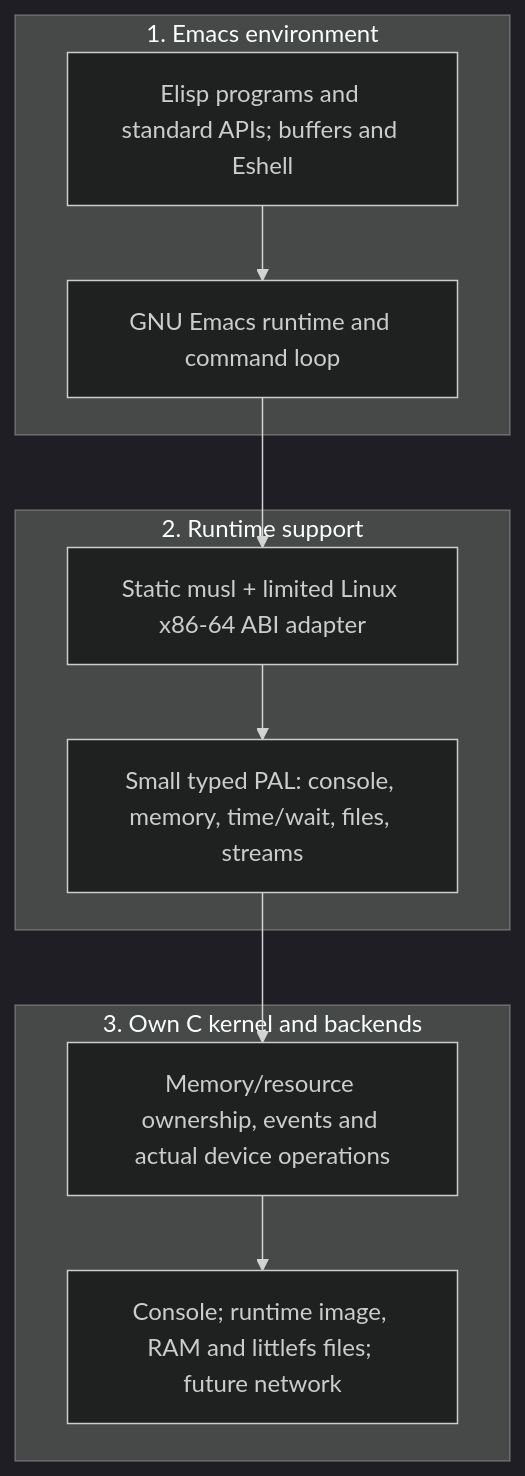
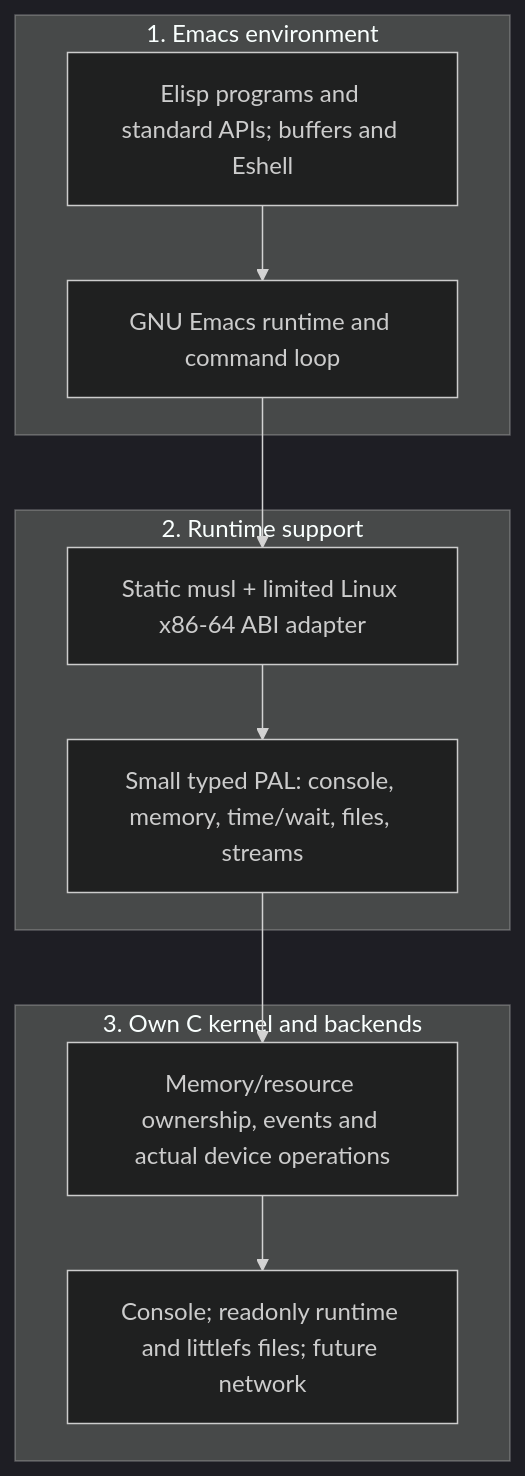
One commit to suxiaogang223/emacsos changed the diagram in docs/design.md. Above: the diagram before and after it, drawn with Mermaid (dark theme). The commit also changed other lines of this file and 22 other files, not shown here.

````diff
--- a/docs/design.md
+++ b/docs/design.md
@@ -30,20 +30,20 @@
 ```mermaid
 flowchart TB
     subgraph environment["1. Emacs environment"]
       tools["Elisp programs and standard APIs; buffers and Eshell"]
       runtime["GNU Emacs runtime and command loop"]
       tools --> runtime
     end
     subgraph support["2. Runtime support"]
       adapter["Static musl + limited Linux x86-64 ABI adapter"]
       pal["Small typed PAL: console, memory, time/wait, files, streams"]
       adapter --> pal
     end
     subgraph kernel["3. Own C kernel and backends"]
       core["Memory/resource ownership, events and actual device operations"]
-      backend["Console; runtime image, RAM and littlefs files; future network"]
+      backend["Console; readonly runtime and littlefs files; future network"]
       core --> backend
     end
     runtime --> adapter
     pal --> core
 ```
````
